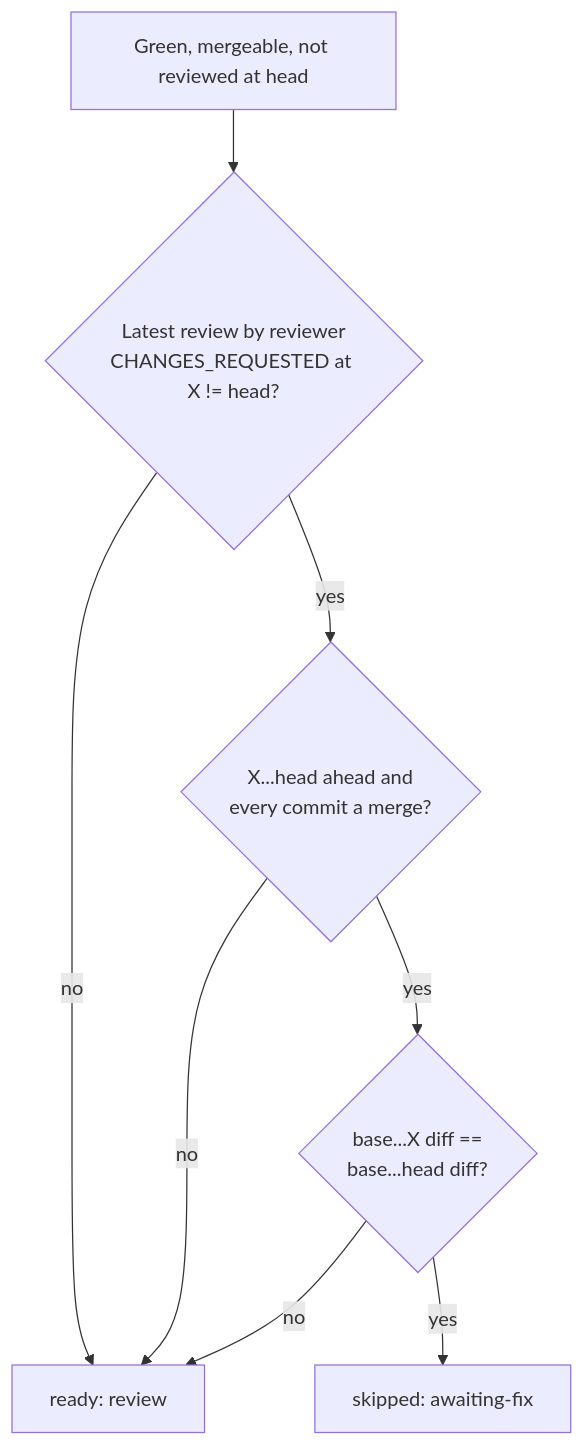
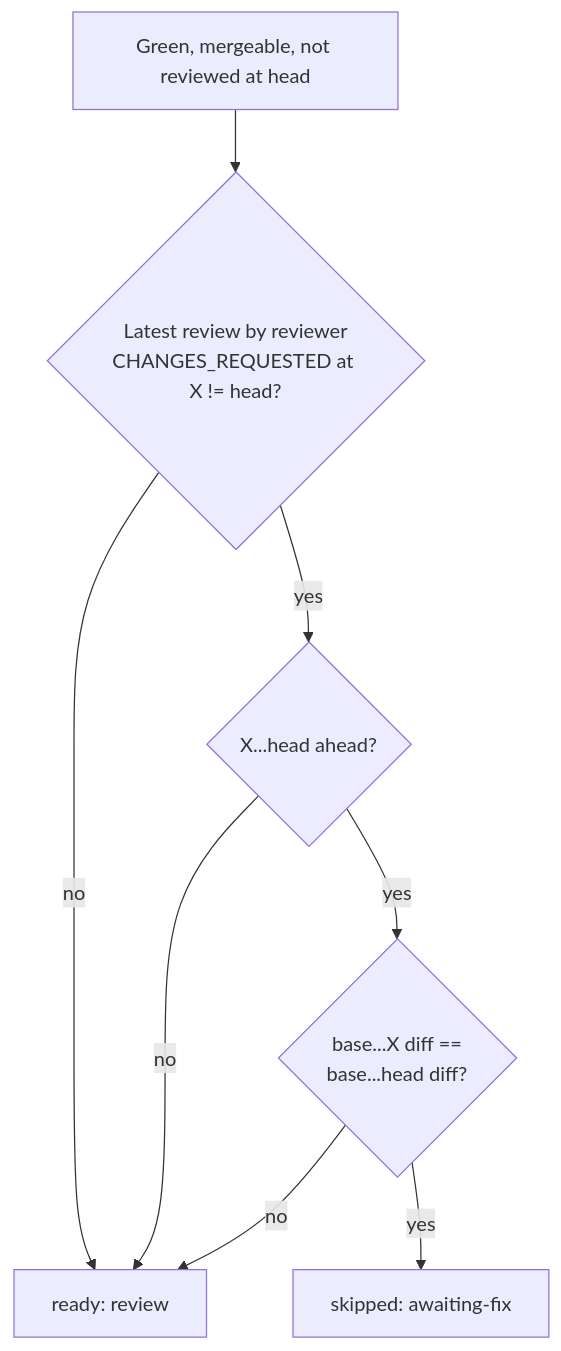
One commit to stSoftwareAU/VibeCoder changed the diagram in docs/archive/pr-summaries/pr-summary-3063.md. Above: the diagram before and after it, drawn with Mermaid. The commit also changed other lines of this file and 2 other files, not shown here.

First line of the commit message:
Drop the per-commit parents check in ownDiffUnchanged (PR #3079 review)

````diff
--- a/docs/archive/pr-summaries/pr-summary-3063.md
+++ b/docs/archive/pr-summaries/pr-summary-3063.md
@@ -53,10 +58,10 @@
 ```mermaid
 flowchart TD
     A[Green, mergeable, not reviewed at head] --> B{Latest review by reviewer<br/>CHANGES_REQUESTED at X != head?}
     B -- no --> R[ready: review]
-    B -- yes --> C{X...head ahead and<br/>every commit a merge?}
+    B -- yes --> C{X...head ahead?}
     C -- no --> R
     C -- yes --> D{base...X diff ==<br/>base...head diff?}
     D -- no --> R
     D -- yes --> S[skipped: awaiting-fix]
 ```
````
